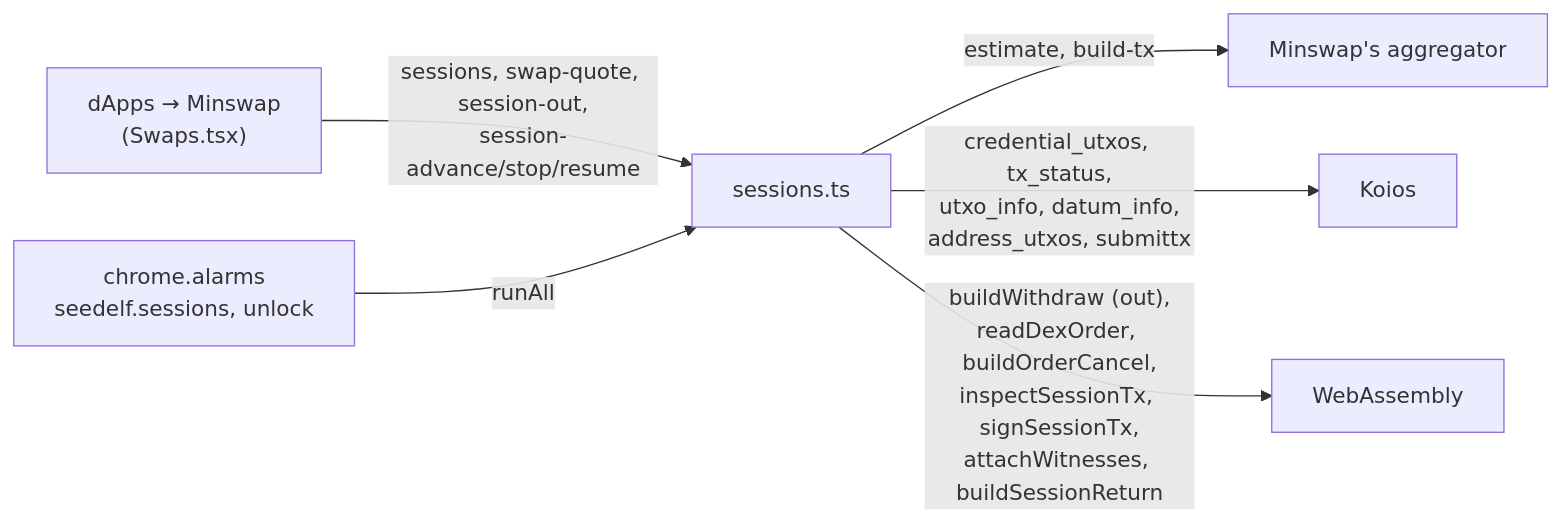
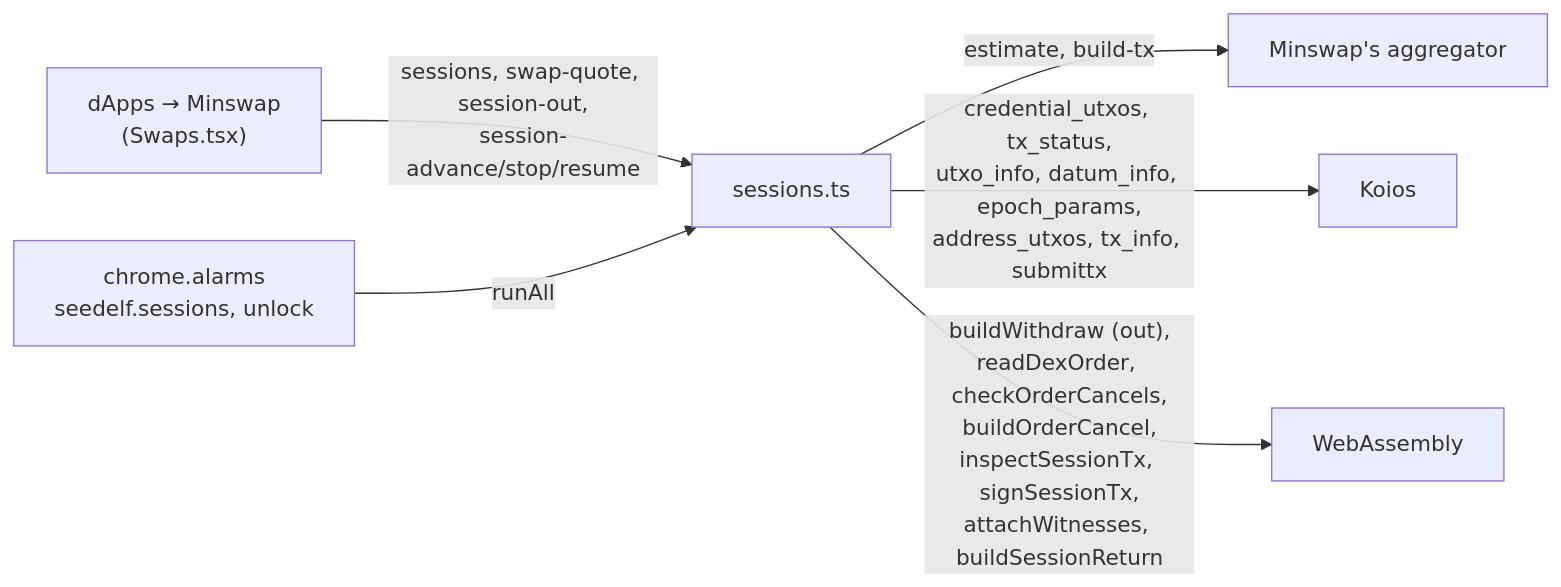
The third of 4 diagrams in seedelf-platform/seedelf-web-wallet/docs/architecture.md (logical-mechanism/Seedelf-Wallet), drawn with Mermaid before and after one commit. The commit also changed other lines of this file and 10 other files, not shown here.

First line of the commit message:
docs(web-wallet): 1.3.0's release review in the design docs, the roadmap and its handoff note

````diff
--- a/seedelf-platform/seedelf-web-wallet/docs/architecture.md
+++ b/seedelf-platform/seedelf-web-wallet/docs/architecture.md
@@ -564,8 +564,8 @@
 ```mermaid
 flowchart LR
   UI["dApps → Minswap<br/>(Swaps.tsx)"] -- "sessions, swap-quote, session-out,<br/>session-advance/stop/resume" --> S["sessions.ts"]
   A["chrome.alarms<br/>seedelf.sessions, unlock"] -- "runAll" --> S
   S -- "estimate, build-tx" --> M["Minswap's aggregator"]
-  S -- "credential_utxos, tx_status,<br/>utxo_info, datum_info,<br/>address_utxos, submittx" --> K["Koios"]
-  S -- "buildWithdraw (out),<br/>readDexOrder, buildOrderCancel,<br/>inspectSessionTx, signSessionTx,<br/>attachWitnesses, buildSessionReturn" --> X["WebAssembly"]
+  S -- "credential_utxos, tx_status,<br/>utxo_info, datum_info, epoch_params,<br/>address_utxos, tx_info, submittx" --> K["Koios"]
+  S -- "buildWithdraw (out),<br/>readDexOrder, checkOrderCancels,<br/>buildOrderCancel,<br/>inspectSessionTx, signSessionTx,<br/>attachWitnesses, buildSessionReturn" --> X["WebAssembly"]
 ```
````
